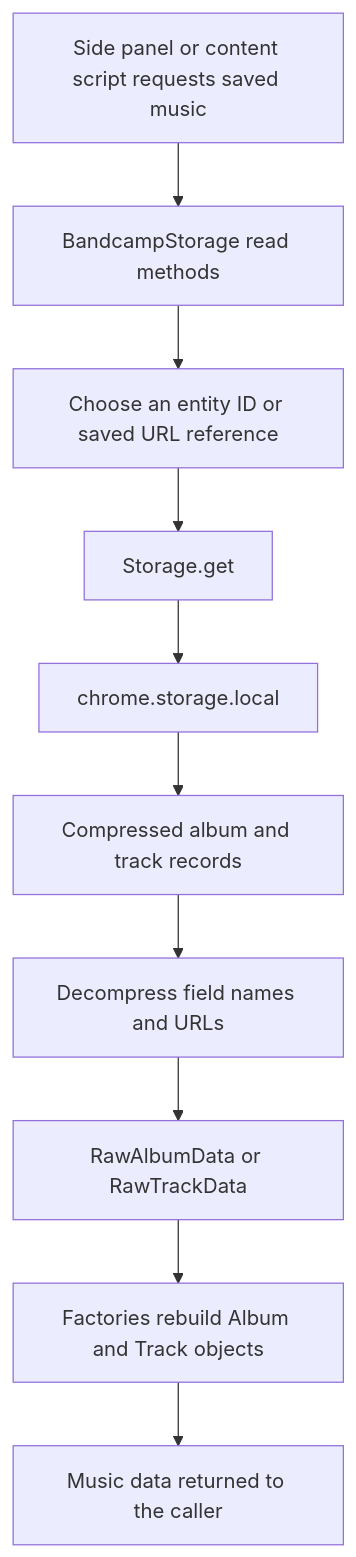
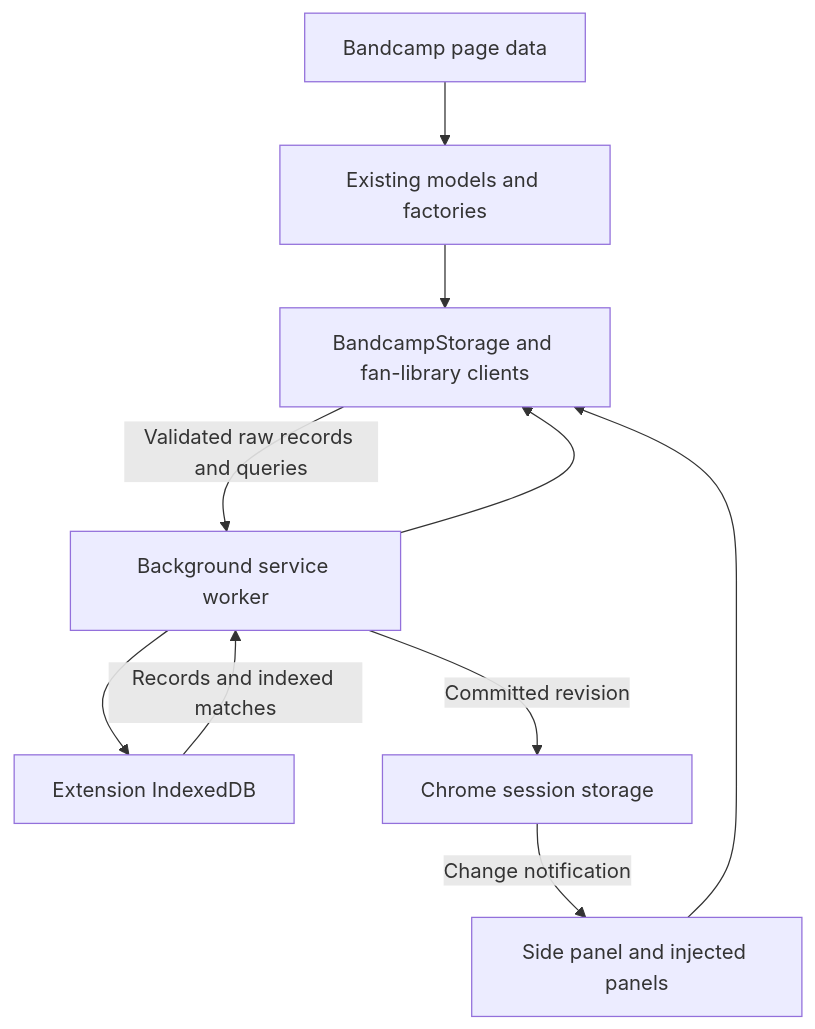
One commit to Serhii-DV/bcx changed the diagram in docs/architecture/music-data-storage.md. Above: the diagram before and after it, drawn with Mermaid. The commit also changed other lines of this file and 97 other files, not shown here.

First line of the commit message:
Refactor music and fan data storage (#53)

````diff
--- a/docs/architecture/music-data-storage.md
+++ b/docs/architecture/music-data-storage.md
@@ -36,16 +61,12 @@
 ```mermaid
 flowchart TB
-    request[Side panel or content script requests saved music]
-    read[BandcampStorage read methods]
-    lookup[Choose an entity ID or saved URL reference]
-    get[Storage.get]
-    local[chrome.storage.local]
-    records[Compressed album and track records]
-    expanded[Decompress field names and URLs]
-    raw[RawAlbumData or RawTrackData]
-    models[Factories rebuild Album and Track objects]
-    result[Music data returned to the caller]
-
-    request --> read --> lookup --> get --> local
-    local --> records --> expanded --> raw --> models --> result
+    page[Bandcamp page data] --> models[Existing models and factories]
+    models --> client[BandcampStorage and fan-library clients]
+    panel[Side panel and injected panels] --> client
+    client -->|Validated raw records and queries| worker[Background service worker]
+    worker --> database[Extension IndexedDB]
+    database -->|Records and indexed matches| worker
+    worker --> client
+    worker -->|Committed revision| session[Chrome session storage]
+    session -->|Change notification| panel
 ```
````
